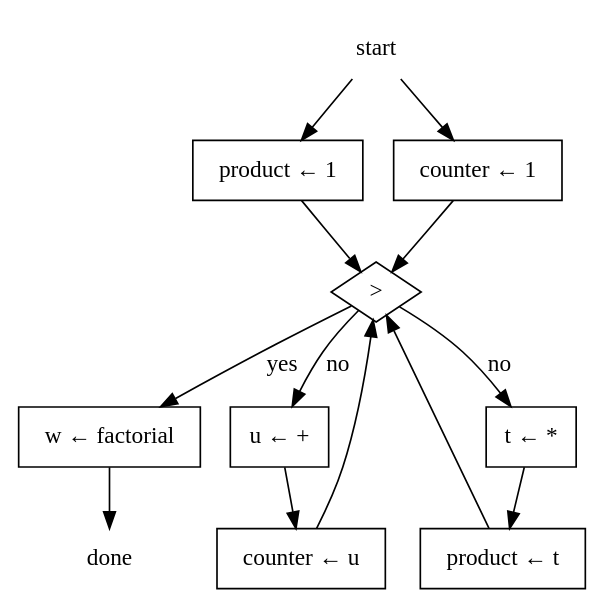
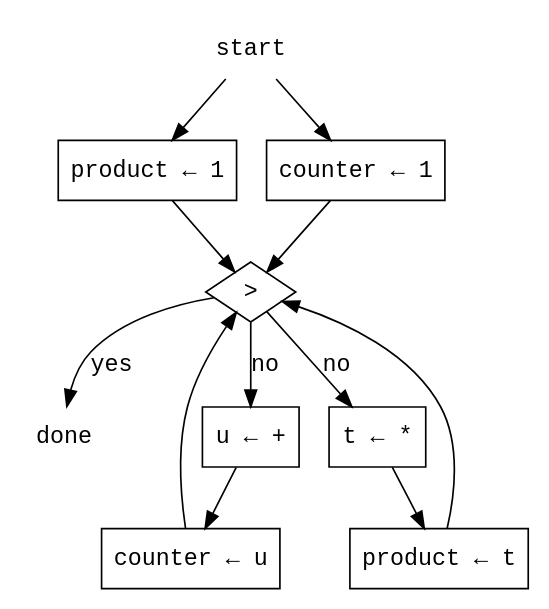
The diagram in 5.1/5.1-controller.dot (klutometis/sicp), drawn with Graphviz before and after one commit. The commit also changed 3 other files, not shown here.

```diff
--- a/5.1/5.1-controller.dot
+++ b/5.1/5.1-controller.dot
@@ -1,34 +1,34 @@
 #!/usr/bin/env dot
 digraph conroller {
+        edge[fontname=monospace]
+        node[fontname=monospace]
         {
                 node[shape=plaintext]
                 start
                 done
         }
         {
                 node[shape=diamond]
                 greater_than[label=">"]
         }
         {
                 node[shape=box]
                 product_1[label="product &larr; 1"]
                 counter_1[label="counter &larr; 1"]
-                w_factorial[label="w &larr; factorial"]
                 u_plus[label="u &larr; +"]
                 t_times[label="t &larr; *"]
                 counter_u[label="counter &larr; u"]
                 product_t[label="product &larr; t"]
         }
         start -> product_1
         start -> counter_1
         product_1 -> greater_than
         counter_1 -> greater_than
         greater_than -> u_plus [label=no]
         greater_than -> t_times [label=no]
         u_plus -> counter_u
         t_times -> product_t
         counter_u -> greater_than
         product_t -> greater_than
-        greater_than -> w_factorial [label=yes]
-        w_factorial -> done
+        greater_than -> done [label=yes]
 }
```
